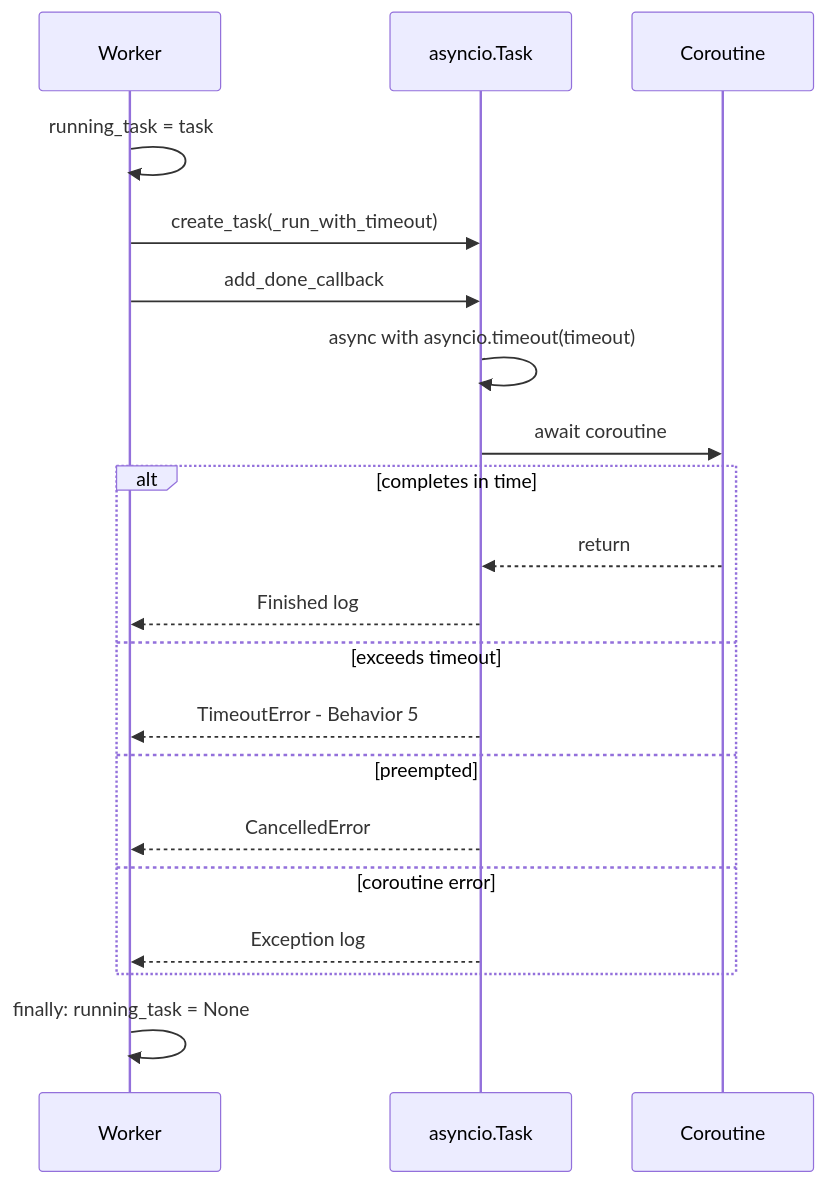
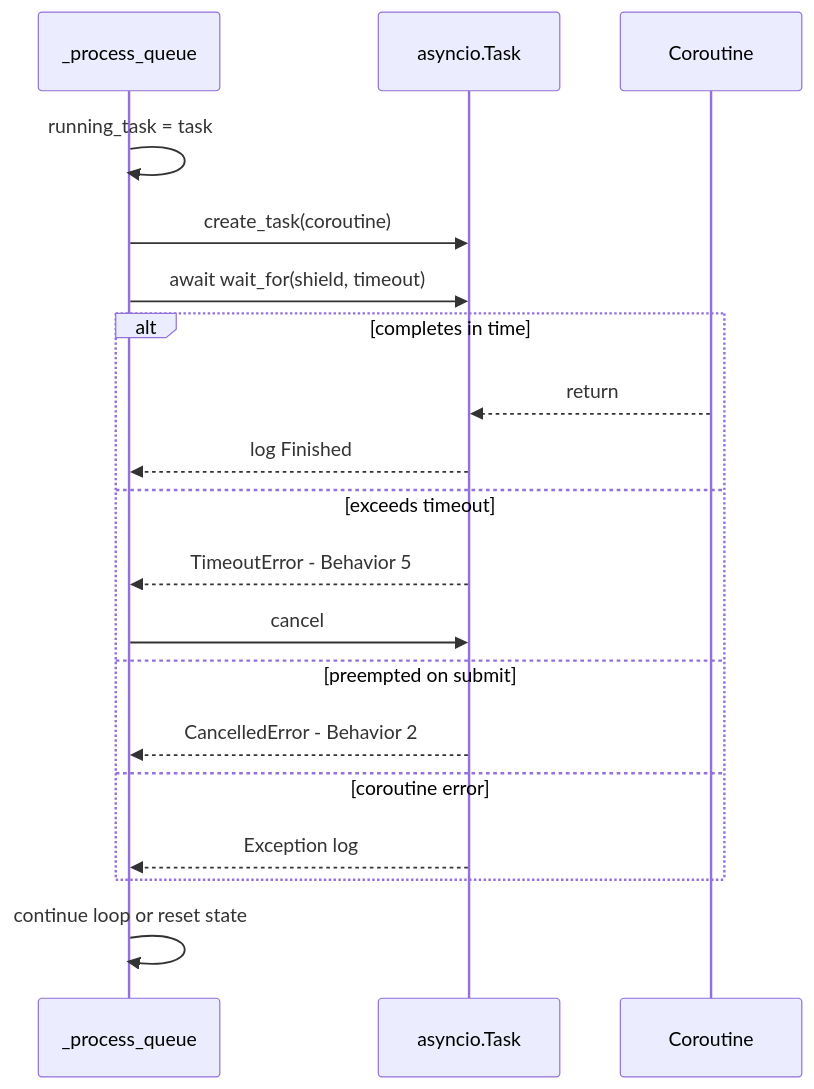
The fifth of 8 diagrams in .cursor/plans/system_architecture_workflow_b2d79ca7.plan.md (scoville/test_filter_queue), drawn with Mermaid before and after one commit. The commit also changed other lines of this file and 1 other file, not shown here.

Commit message:
update system architecture

````diff
--- a/.cursor/plans/system_architecture_workflow_b2d79ca7.plan.md
+++ b/.cursor/plans/system_architecture_workflow_b2d79ca7.plan.md
@@ -147,26 +156,24 @@
 ```mermaid
 sequenceDiagram
-    participant Worker
+    participant Process as _process_queue
     participant AsyncTask as asyncio.Task
     participant Coroutine
 
-    Worker->>Worker: running_task = task
-    Worker->>AsyncTask: create_task(_run_with_timeout)
-    Worker->>AsyncTask: add_done_callback
-
-    AsyncTask->>AsyncTask: async with asyncio.timeout(timeout)
-    AsyncTask->>Coroutine: await coroutine
+    Process->>Process: running_task = task
+    Process->>AsyncTask: create_task(coroutine)
+    Process->>AsyncTask: await wait_for(shield, timeout)
 
     alt completes in time
         Coroutine-->>AsyncTask: return
-        AsyncTask-->>Worker: Finished log
+        AsyncTask-->>Process: log Finished
     else exceeds timeout
-        AsyncTask-->>Worker: TimeoutError - Behavior 5
-    else preempted
-        AsyncTask-->>Worker: CancelledError
+        AsyncTask-->>Process: TimeoutError - Behavior 5
+        Process->>AsyncTask: cancel
+    else preempted on submit
+        AsyncTask-->>Process: CancelledError - Behavior 2
     else coroutine error
-        AsyncTask-->>Worker: Exception log
+        AsyncTask-->>Process: Exception log
     end
 
-    Worker->>Worker: finally: running_task = None
+    Process->>Process: continue loop or reset state
 ```
````
